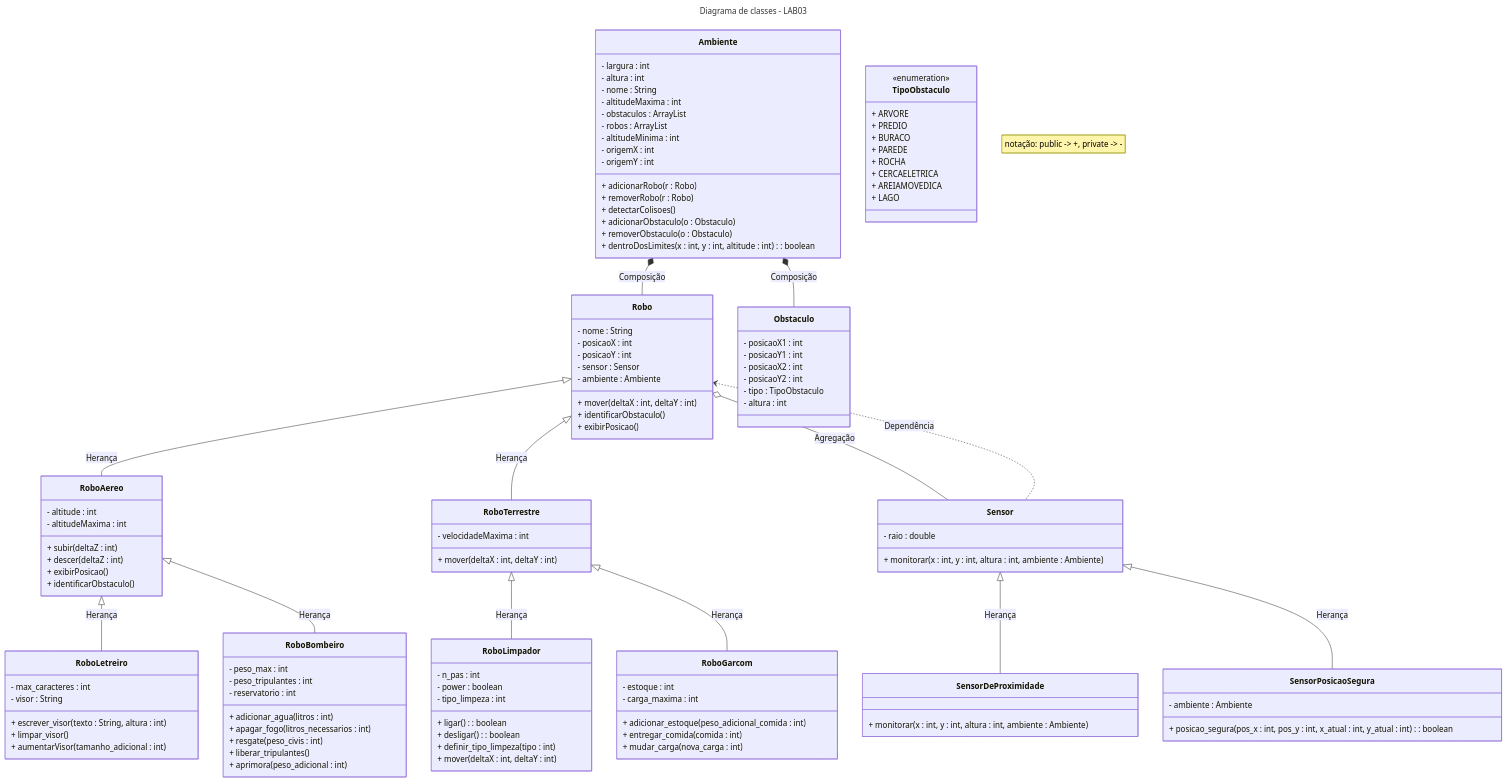
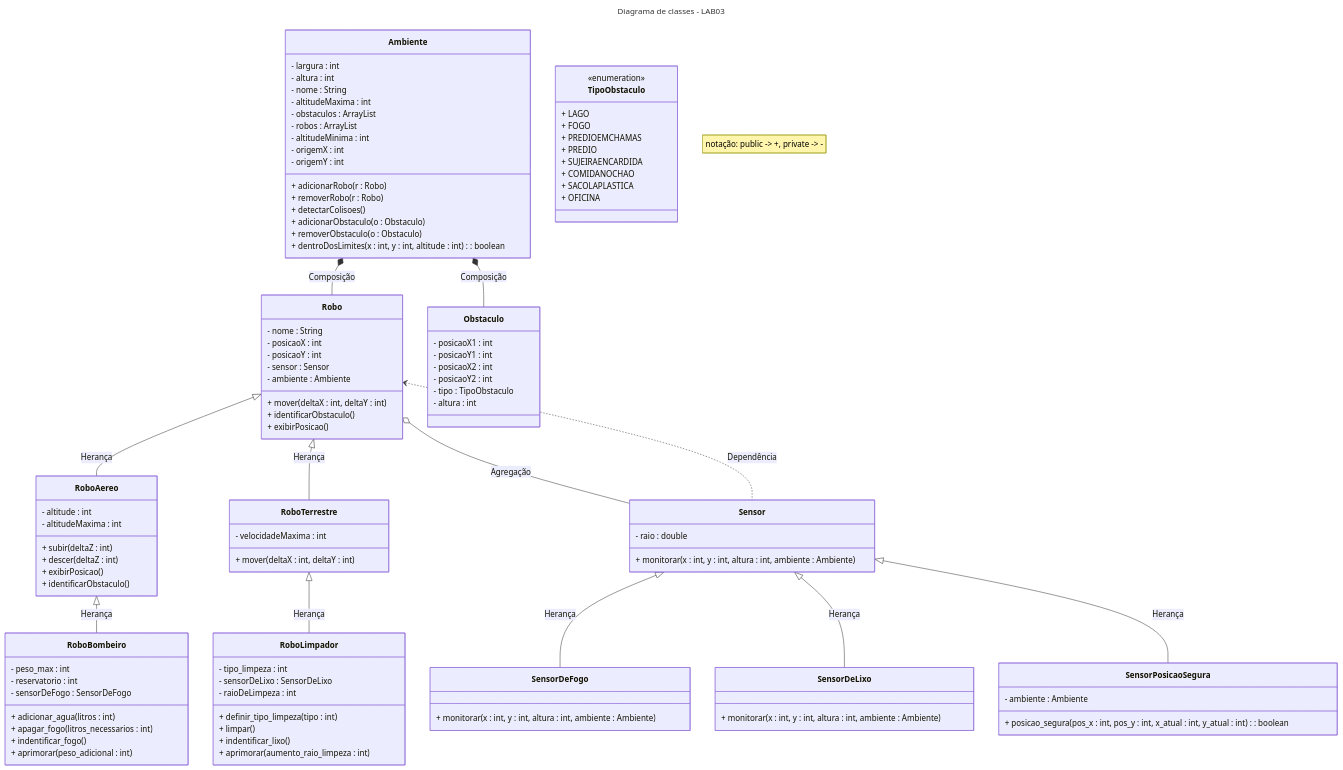
Before and after one commit to KauanAprigio/MC322: the diagram in README.md, drawn with Mermaid. The commit also changed other lines of this file, not shown here.

Commit message:
terminei o diagrama de classes acho

````diff
--- a/README.md
+++ b/README.md
@@ -54,40 +53,23 @@
     }
 
     class RoboLimpador {
-        - n_pas : int
-        - power : boolean
         - tipo_limpeza : int
-        + ligar() : boolean
-        + desligar() : boolean
+        - sensorDeLixo : SensorDeLixo
+        - raioDeLimpeza : int
         + definir_tipo_limpeza(tipo : int)
-        + mover(deltaX : int, deltaY : int)
-    }
-
-    class RoboGarcom {
-        - estoque : int
-        - carga_maxima : int
-        + adicionar_estoque(peso_adicional_comida : int)
-        + entregar_comida(comida : int)
-        + mudar_carga(nova_carga : int)
-    }
-
-    class RoboLetreiro {
-        - max_caracteres : int
-        - visor : String
-        + escrever_visor(texto : String, altura : int)
-        + limpar_visor()
-        + aumentarVisor(tamanho_adicional : int)
+        + limpar()
+        + indentificar_lixo()
+        + aprimorar(aumento_raio_limpeza : int)
     }
 
     class RoboBombeiro {
         - peso_max : int
-        - peso_tripulantes : int
         - reservatorio : int
+        - sensorDeFogo : SensorDeFogo
         + adicionar_agua(litros : int)
         + apagar_fogo(litros_necessarios : int)
-        + resgate(peso_civis : int)
-        + liberar_tripulantes()
-        + aprimora(peso_adicional : int)
+        + indentificar_fogo()
+        + aprimorar(peso_adicional : int)
     }
 
     class Sensor {
@@ -95,7 +77,11 @@
         + monitorar(x : int, y : int, altura : int, ambiente : Ambiente)
     }
 
-    class SensorDeProximidade {
+    class SensorDeFogo {
+        + monitorar(x : int, y : int, altura : int, ambiente : Ambiente)
+    }
+
+    class SensorDeLixo {
         + monitorar(x : int, y : int, altura : int, ambiente : Ambiente)
     }
 
@@ -133,26 +119,25 @@
 
     class TipoObstaculo {
         <<enumeration>>
-        + ARVORE
+        + LAGO
+        + FOGO
+        + PREDIOEMCHAMAS
         + PREDIO
-        + BURACO
-        + PAREDE
-        + ROCHA
-        + CERCAELETRICA
-        + AREIAMOVEDICA
-        + LAGO
+        + SUJEIRAENCARDIDA
+        + COMIDANOCHAO
+        + SACOLAPLASTICA
+        + OFICINA
     }
 
     Robo <|-- RoboAereo : Herança
     Robo <|-- RoboTerrestre : Herança
     RoboTerrestre <|-- RoboLimpador : Herança
-    RoboTerrestre <|-- RoboGarcom : Herança
-    RoboAereo <|-- RoboLetreiro : Herança
     RoboAereo <|-- RoboBombeiro : Herança
     Ambiente *-- Robo : Composição
     Ambiente *-- Obstaculo : Composição
     Robo o-- Sensor : Agregação
     Robo <.. Sensor : Dependência
-    Sensor <|-- SensorDeProximidade : Herança
+    Sensor <|-- SensorDeFogo : Herança
+    Sensor <|-- SensorDeLixo : Herança
     Sensor <|-- SensorPosicaoSegura : Herança
 ```
````
